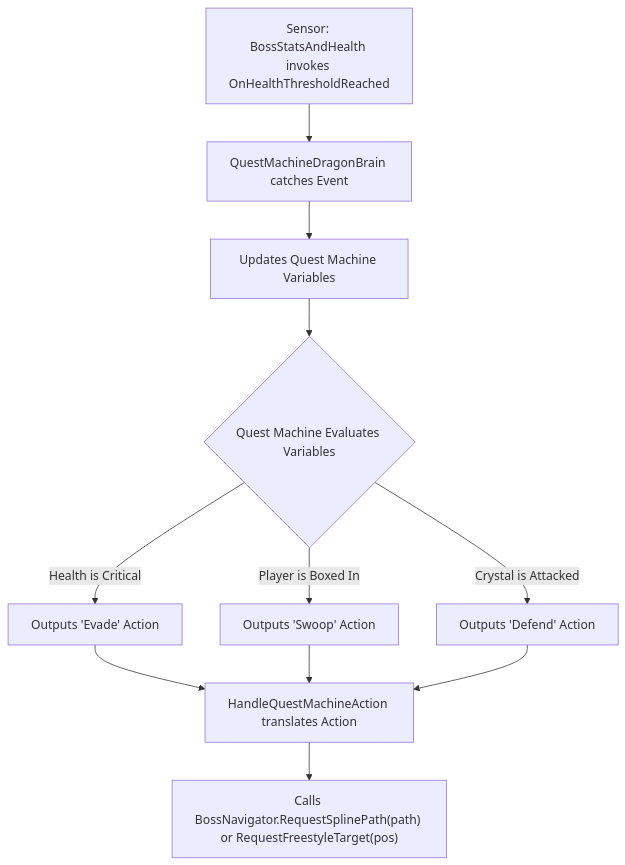
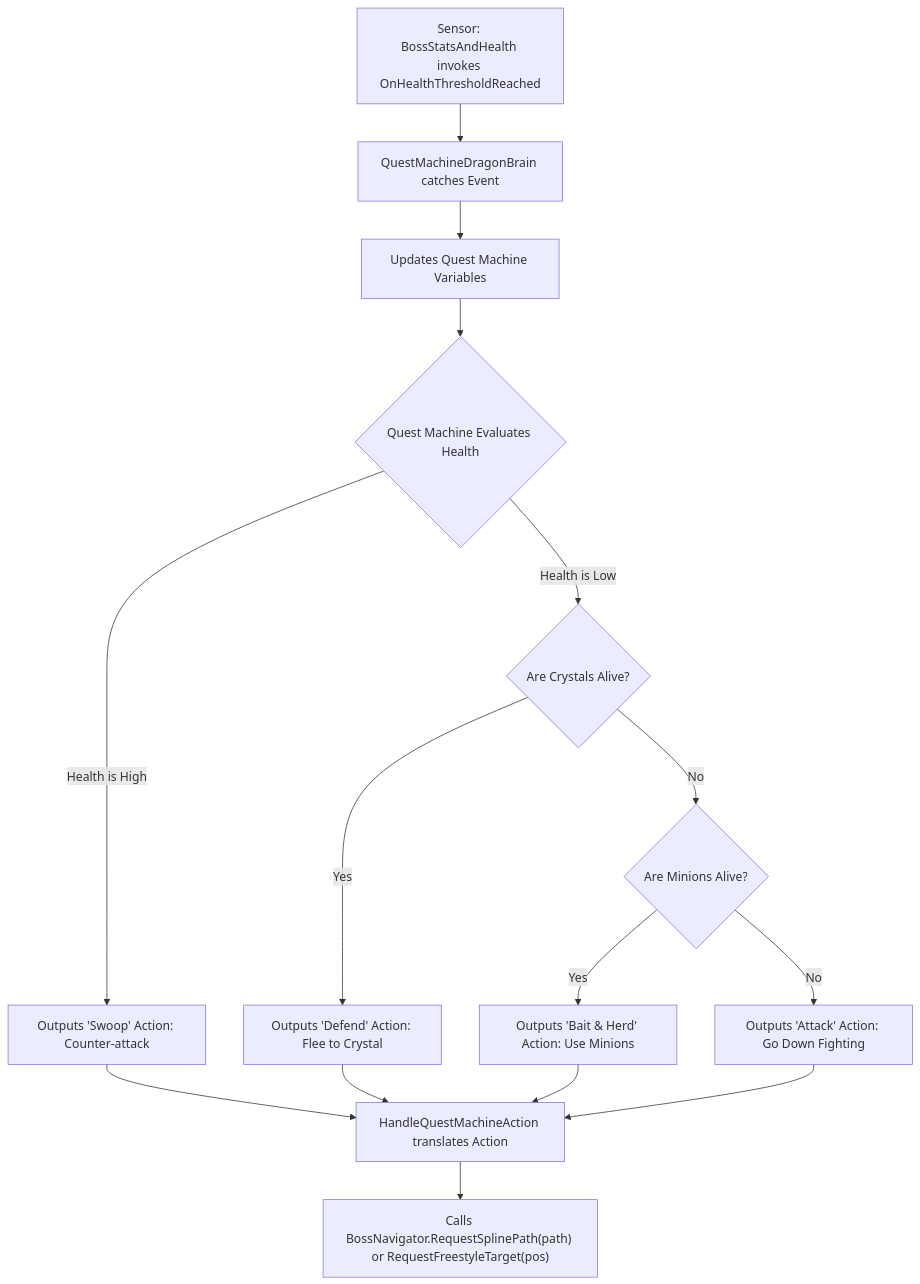
Before and after one commit to NatalieC001/ObiRopeTest: the first of 4 diagrams in Dragon_Code_Overview.md, drawn with Mermaid. The commit also changed other lines of this file, not shown here.

Commit message:
docs: expand Quest Machine AI fallback scenarios
Updates the `QuestMachineDragonBrain` Mermaid diagram and the Phase 4
Testing Checklist in `Dragon_Code_Overview.md` to accurately reflect the
Dragon's complex fallback logic. Specifically maps out the behavioral
cascade: counter-attacking on high health, fleeing to crystals when weak,
falling back to minion swarms if crystals are destroyed, and executing a
final aggressive "Last Stand" if totally starved of resources.

````diff
--- a/Dragon_Code_Overview.md
+++ b/Dragon_Code_Overview.md
@@ -23,16 +23,22 @@
 ```mermaid
 graph TD
     Data[Sensor: BossStatsAndHealth invokes OnHealthThresholdReached] --> Adapter[QuestMachineDragonBrain catches Event]
     Adapter --> QM[Updates Quest Machine Variables]
-    QM --> Evaluate{Quest Machine Evaluates Variables}
+    QM --> Evaluate{Quest Machine Evaluates Health}
 
-    Evaluate -- Health is Critical --> Evade[Outputs 'Evade' Action]
-    Evaluate -- Player is Boxed In --> Swoop[Outputs 'Swoop' Action]
-    Evaluate -- Crystal is Attacked --> Defend[Outputs 'Defend' Action]
+    Evaluate -- Health is High --> Swoop[Outputs 'Swoop' Action: Counter-attack]
+    Evaluate -- Health is Low --> CheckCrystal{Are Crystals Alive?}
 
-    Evade --> Execute[HandleQuestMachineAction translates Action]
-    Swoop --> Execute
+    CheckCrystal -- Yes --> Defend[Outputs 'Defend' Action: Flee to Crystal]
+    CheckCrystal -- No --> CheckMinions{Are Minions Alive?}
+
+    CheckMinions -- Yes --> Herd[Outputs 'Bait & Herd' Action: Use Minions]
+    CheckMinions -- No --> LastStand[Outputs 'Attack' Action: Go Down Fighting]
+
+    Swoop --> Execute[HandleQuestMachineAction translates Action]
     Defend --> Execute
+    Herd --> Execute
+    LastStand --> Execute
 
     Execute --> Motor["Calls BossNavigator.RequestSplinePath(path) or RequestFreestyleTarget(pos)"]
 ```
````
